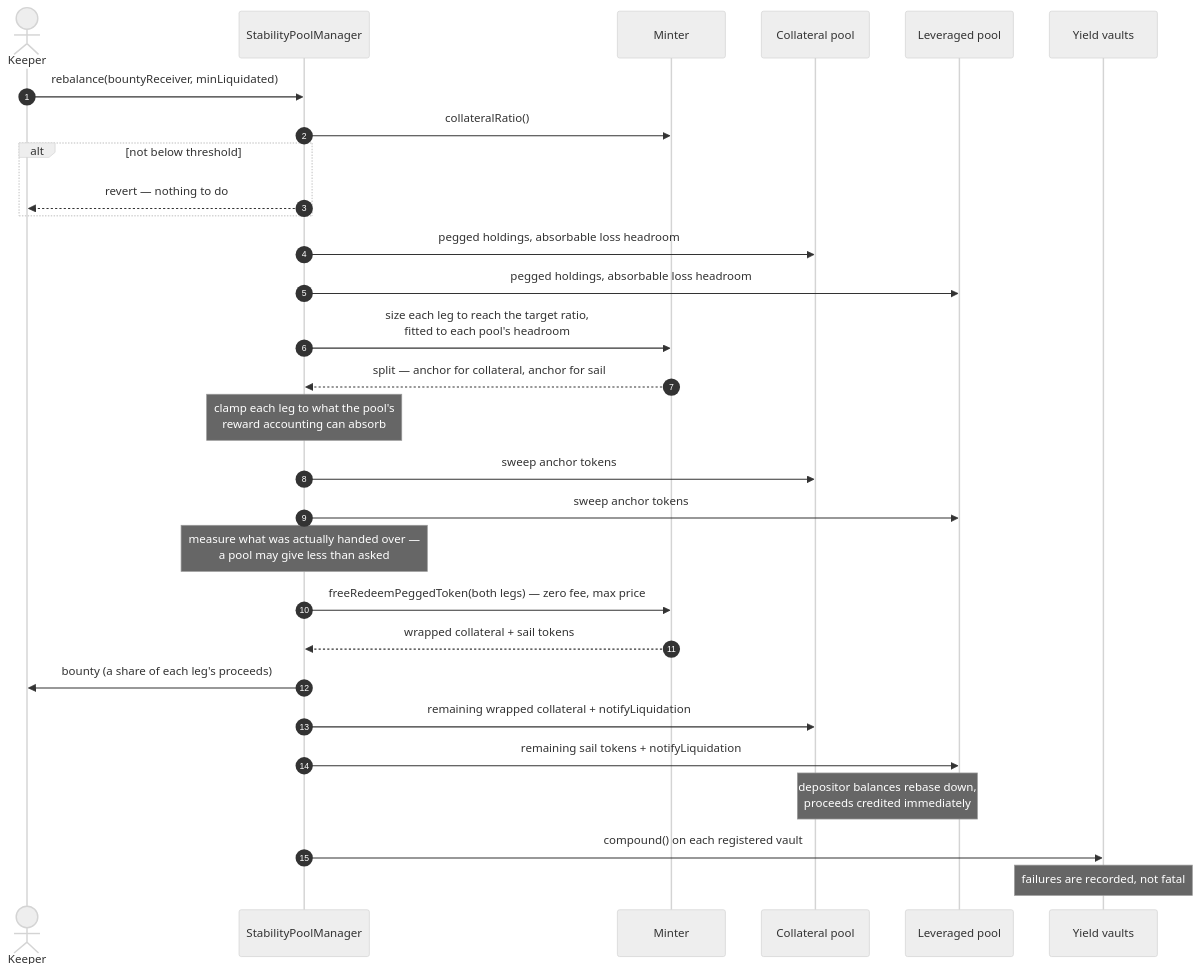
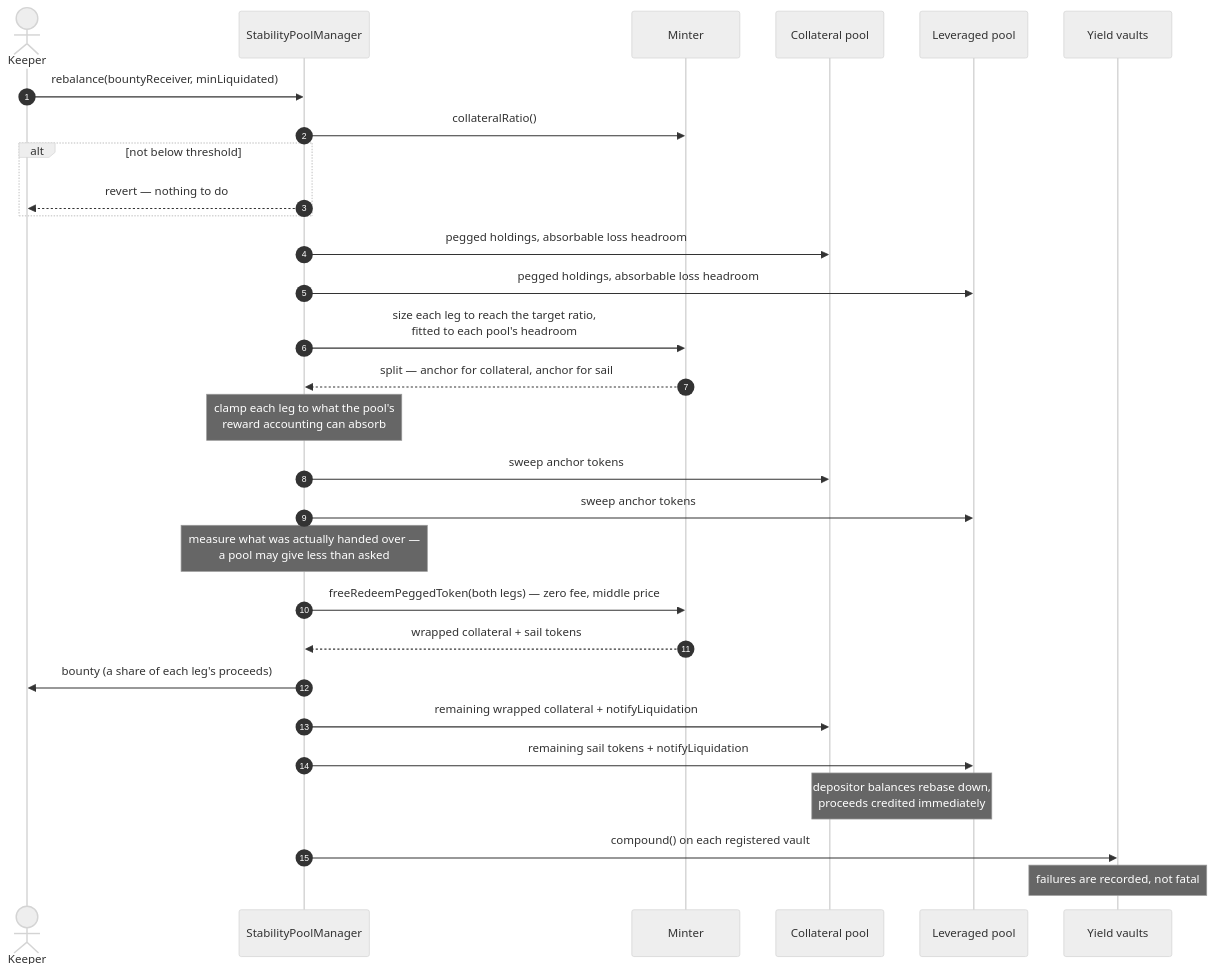
Before and after one commit to baofinance/harbor: the eighth of 16 diagrams in doc/functional-spec.md, drawn with Mermaid (neutral theme). The commit also changed other lines of this file and 13 other files, not shown here.

````diff
--- a/doc/functional-spec.md
+++ b/doc/functional-spec.md
@@ -1211,38 +1214,38 @@
 ```mermaid
 sequenceDiagram
     autonumber
     actor K as Keeper
     participant SPM as StabilityPoolManager
     participant M as Minter
     participant PC as Collateral pool
     participant PL as Leveraged pool
     participant YV as Yield vaults
 
     K->>SPM: rebalance(bountyReceiver, minLiquidated)
     SPM->>M: collateralRatio()
     alt not below threshold
         SPM-->>K: revert — nothing to do
     end
 
     SPM->>PC: pegged holdings, absorbable loss headroom
     SPM->>PL: pegged holdings, absorbable loss headroom
     SPM->>M: size each leg to reach the target ratio,<br/>fitted to each pool's headroom
     M-->>SPM: split — anchor for collateral, anchor for sail
 
     note over SPM: clamp each leg to what the pool's<br/>reward accounting can absorb
 
     SPM->>PC: sweep anchor tokens
     SPM->>PL: sweep anchor tokens
     note over SPM: measure what was actually handed over —<br/>a pool may give less than asked
 
-    SPM->>M: freeRedeemPeggedToken(both legs) — zero fee, max price
+    SPM->>M: freeRedeemPeggedToken(both legs) — zero fee, middle price
     M-->>SPM: wrapped collateral + sail tokens
 
     SPM->>K: bounty (a share of each leg's proceeds)
     SPM->>PC: remaining wrapped collateral + notifyLiquidation
     SPM->>PL: remaining sail tokens + notifyLiquidation
     note over PC,PL: depositor balances rebase down,<br/>proceeds credited immediately
 
     SPM->>YV: compound() on each registered vault
     note over YV: failures are recorded, not fatal
 ```
````
